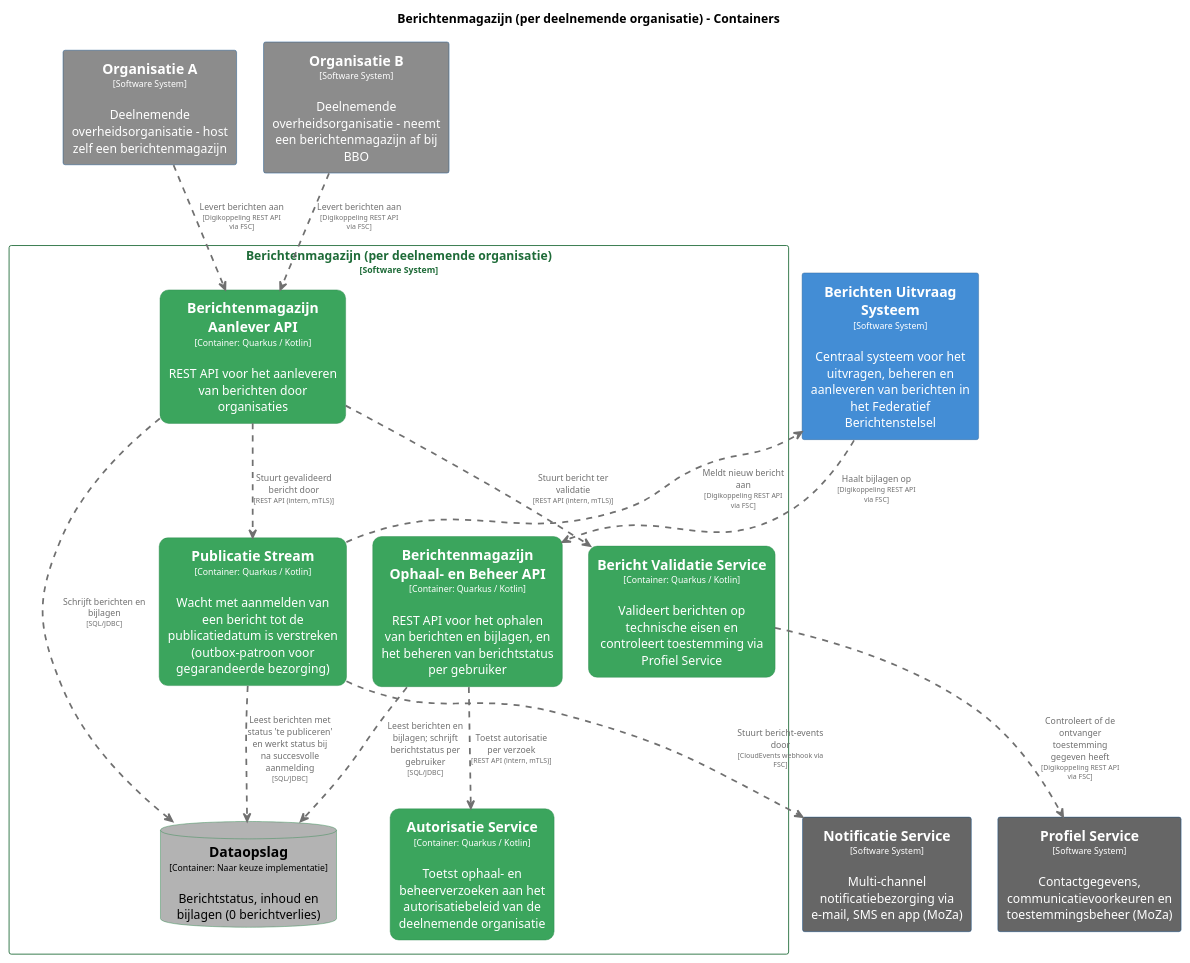
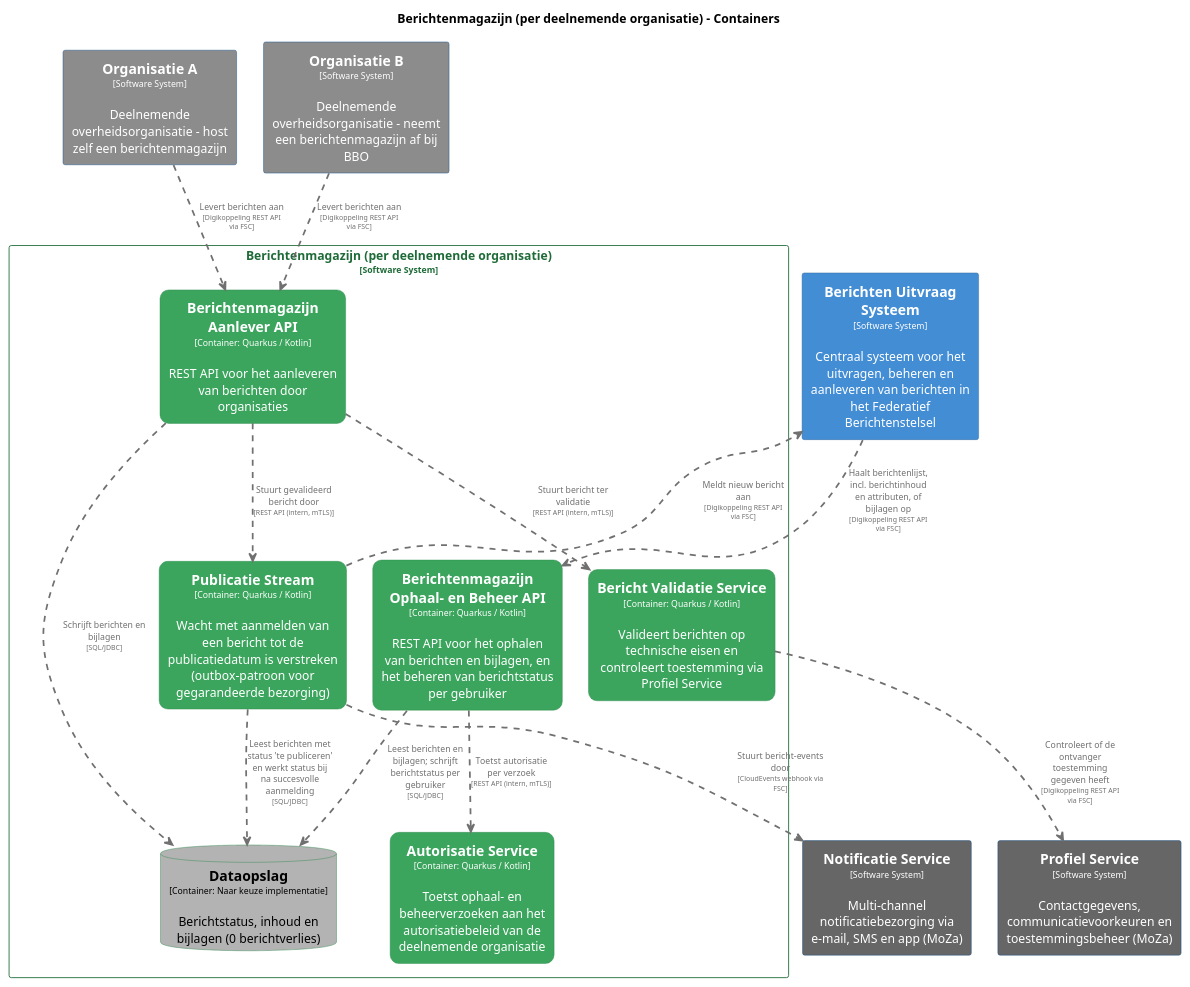
The diagram in master/puml/BerichtenmagazijnContainers.puml (MinBZK/moza-poc-fbs-berichtenbox), drawn with PlantUML before and after one commit. The commit also changed 51 other files, not shown here.

```diff
--- a/master/puml/BerichtenmagazijnContainers.puml
+++ b/master/puml/BerichtenmagazijnContainers.puml
@@ -1,122 +1,122 @@
 @startuml
 set separator none
 title Berichtenmagazijn (per deelnemende organisatie) - Containers
 
 top to bottom direction
 skinparam ranksep 60
 skinparam nodesep 30
 
 skinparam {
   arrowFontSize 10
   defaultTextAlignment center
   wrapWidth 200
   maxMessageSize 100
 }
 
 hide stereotype
 
 skinparam rectangle<<Berichtenmagazijnperdeelnemendeorganisatie.AutorisatieService>> {
   BackgroundColor #3ba55d
   FontColor #ffffff
   BorderColor #2d8a4e
   roundCorner 20
   shadowing false
 }
 skinparam rectangle<<Berichtenmagazijnperdeelnemendeorganisatie.BerichtValidatieService>> {
   BackgroundColor #3ba55d
   FontColor #ffffff
   BorderColor #2d8a4e
   roundCorner 20
   shadowing false
 }
 skinparam rectangle<<BerichtenUitvraagSysteem>> {
   BackgroundColor #438dd5
   FontColor #ffffff
   BorderColor #2e6295
   shadowing false
 }
 skinparam rectangle<<Berichtenmagazijnperdeelnemendeorganisatie.BerichtenmagazijnAanleverAPI>> {
   BackgroundColor #3ba55d
   FontColor #ffffff
   BorderColor #2d8a4e
   roundCorner 20
   shadowing false
 }
 skinparam rectangle<<Berichtenmagazijnperdeelnemendeorganisatie.BerichtenmagazijnOphaalenBeheerAPI>> {
   BackgroundColor #3ba55d
   FontColor #ffffff
   BorderColor #2d8a4e
   roundCorner 20
   shadowing false
 }
 skinparam database<<Berichtenmagazijnperdeelnemendeorganisatie.Dataopslag>> {
   BackgroundColor #b3b3b3
   FontColor #000000
   BorderColor #2d8a4e
   shadowing false
 }
 skinparam rectangle<<NotificatieService>> {
   BackgroundColor #666666
   FontColor #ffffff
   BorderColor #0b4884
   shadowing false
 }
 skinparam rectangle<<OrganisatieA>> {
   BackgroundColor #8c8c8c
   FontColor #ffffff
   BorderColor #0b4884
   shadowing false
 }
 skinparam rectangle<<OrganisatieB>> {
   BackgroundColor #8c8c8c
   FontColor #ffffff
   BorderColor #0b4884
   shadowing false
 }
 skinparam rectangle<<ProfielService>> {
   BackgroundColor #666666
   FontColor #ffffff
   BorderColor #0b4884
   shadowing false
 }
 skinparam rectangle<<Berichtenmagazijnperdeelnemendeorganisatie.PublicatieStream>> {
   BackgroundColor #3ba55d
   FontColor #ffffff
   BorderColor #2d8a4e
   roundCorner 20
   shadowing false
 }
 skinparam rectangle<<Berichtenmagazijnperdeelnemendeorganisatie>> {
   BorderColor #1e6b38
   FontColor #1e6b38
   shadowing false
 }
 
 rectangle "==Profiel Service\n<size:10>[Software System]</size>\n\nContactgegevens, communicatievoorkeuren en toestemmingsbeheer (MoZa)" <<ProfielService>> as ProfielService
 rectangle "==Notificatie Service\n<size:10>[Software System]</size>\n\nMulti-channel notificatiebezorging via e-mail, SMS en app (MoZa)" <<NotificatieService>> as NotificatieService
 rectangle "==Organisatie A\n<size:10>[Software System]</size>\n\nDeelnemende overheidsorganisatie - host zelf een berichtenmagazijn" <<OrganisatieA>> as OrganisatieA
 rectangle "==Organisatie B\n<size:10>[Software System]</size>\n\nDeelnemende overheidsorganisatie - neemt een berichtenmagazijn af bij BBO" <<OrganisatieB>> as OrganisatieB
 rectangle "==Berichten Uitvraag Systeem\n<size:10>[Software System]</size>\n\nCentraal systeem voor het uitvragen, beheren en aanleveren van berichten in het Federatief Berichtenstelsel" <<BerichtenUitvraagSysteem>> as BerichtenUitvraagSysteem
 
 rectangle "Berichtenmagazijn (per deelnemende organisatie)\n<size:10>[Software System]</size>" <<Berichtenmagazijnperdeelnemendeorganisatie>> {
   rectangle "==Berichtenmagazijn Ophaal- en Beheer API\n<size:10>[Container: Quarkus / Kotlin]</size>\n\nREST API voor het ophalen van berichten en bijlagen, en het beheren van berichtstatus per gebruiker" <<Berichtenmagazijnperdeelnemendeorganisatie.BerichtenmagazijnOphaalenBeheerAPI>> as Berichtenmagazijnperdeelnemendeorganisatie.BerichtenmagazijnOphaalenBeheerAPI
   rectangle "==Berichtenmagazijn Aanlever API\n<size:10>[Container: Quarkus / Kotlin]</size>\n\nREST API voor het aanleveren van berichten door organisaties" <<Berichtenmagazijnperdeelnemendeorganisatie.BerichtenmagazijnAanleverAPI>> as Berichtenmagazijnperdeelnemendeorganisatie.BerichtenmagazijnAanleverAPI
   database "==Dataopslag\n<size:10>[Container: Naar keuze implementatie]</size>\n\nBerichtstatus, inhoud en bijlagen (0 berichtverlies)" <<Berichtenmagazijnperdeelnemendeorganisatie.Dataopslag>> as Berichtenmagazijnperdeelnemendeorganisatie.Dataopslag
   rectangle "==Bericht Validatie Service\n<size:10>[Container: Quarkus / Kotlin]</size>\n\nValideert berichten op technische eisen en controleert toestemming via Profiel Service" <<Berichtenmagazijnperdeelnemendeorganisatie.BerichtValidatieService>> as Berichtenmagazijnperdeelnemendeorganisatie.BerichtValidatieService
   rectangle "==Publicatie Stream\n<size:10>[Container: Quarkus / Kotlin]</size>\n\nWacht met aanmelden van een bericht tot de publicatiedatum is verstreken (outbox-patroon voor gegarandeerde bezorging)" <<Berichtenmagazijnperdeelnemendeorganisatie.PublicatieStream>> as Berichtenmagazijnperdeelnemendeorganisatie.PublicatieStream
   rectangle "==Autorisatie Service\n<size:10>[Container: Quarkus / Kotlin]</size>\n\nToetst ophaal- en beheerverzoeken aan het autorisatiebeleid van de deelnemende organisatie" <<Berichtenmagazijnperdeelnemendeorganisatie.AutorisatieService>> as Berichtenmagazijnperdeelnemendeorganisatie.AutorisatieService
 }
 
 Berichtenmagazijnperdeelnemendeorganisatie.PublicatieStream .[#707070,thickness=2].> BerichtenUitvraagSysteem : "<color:#707070>Meldt nieuw bericht aan\n<color:#707070><size:8>[Digikoppeling REST API via FSC]</size>"
 Berichtenmagazijnperdeelnemendeorganisatie.PublicatieStream .[#707070,thickness=2].> NotificatieService : "<color:#707070>Stuurt bericht-events door\n<color:#707070><size:8>[CloudEvents webhook via FSC]</size>"
 OrganisatieA .[#707070,thickness=2].> Berichtenmagazijnperdeelnemendeorganisatie.BerichtenmagazijnAanleverAPI : "<color:#707070>Levert berichten aan\n<color:#707070><size:8>[Digikoppeling REST API via FSC]</size>"
 OrganisatieB .[#707070,thickness=2].> Berichtenmagazijnperdeelnemendeorganisatie.BerichtenmagazijnAanleverAPI : "<color:#707070>Levert berichten aan\n<color:#707070><size:8>[Digikoppeling REST API via FSC]</size>"
 Berichtenmagazijnperdeelnemendeorganisatie.BerichtValidatieService .[#707070,thickness=2].> ProfielService : "<color:#707070>Controleert of de ontvanger toestemming gegeven heeft\n<color:#707070><size:8>[Digikoppeling REST API via FSC]</size>"
 Berichtenmagazijnperdeelnemendeorganisatie.BerichtenmagazijnOphaalenBeheerAPI .[#707070,thickness=2].> Berichtenmagazijnperdeelnemendeorganisatie.Dataopslag : "<color:#707070>Leest berichten en bijlagen; schrijft berichtstatus per gebruiker\n<color:#707070><size:8>[SQL/JDBC]</size>"
 Berichtenmagazijnperdeelnemendeorganisatie.BerichtenmagazijnAanleverAPI .[#707070,thickness=2].> Berichtenmagazijnperdeelnemendeorganisatie.Dataopslag : "<color:#707070>Schrijft berichten en bijlagen\n<color:#707070><size:8>[SQL/JDBC]</size>"
 Berichtenmagazijnperdeelnemendeorganisatie.BerichtenmagazijnAanleverAPI .[#707070,thickness=2].> Berichtenmagazijnperdeelnemendeorganisatie.BerichtValidatieService : "<color:#707070>Stuurt bericht ter validatie\n<color:#707070><size:8>[REST API (intern, mTLS)]</size>"
 Berichtenmagazijnperdeelnemendeorganisatie.BerichtenmagazijnAanleverAPI .[#707070,thickness=2].> Berichtenmagazijnperdeelnemendeorganisatie.PublicatieStream : "<color:#707070>Stuurt gevalideerd bericht door\n<color:#707070><size:8>[REST API (intern, mTLS)]</size>"
 Berichtenmagazijnperdeelnemendeorganisatie.PublicatieStream .[#707070,thickness=2].> Berichtenmagazijnperdeelnemendeorganisatie.Dataopslag : "<color:#707070>Leest berichten met status 'te publiceren' en werkt status bij na succesvolle aanmelding\n<color:#707070><size:8>[SQL/JDBC]</size>"
 Berichtenmagazijnperdeelnemendeorganisatie.BerichtenmagazijnOphaalenBeheerAPI .[#707070,thickness=2].> Berichtenmagazijnperdeelnemendeorganisatie.AutorisatieService : "<color:#707070>Toetst autorisatie per verzoek\n<color:#707070><size:8>[REST API (intern, mTLS)]</size>"
-BerichtenUitvraagSysteem .[#707070,thickness=2].> Berichtenmagazijnperdeelnemendeorganisatie.BerichtenmagazijnOphaalenBeheerAPI : "<color:#707070>Haalt bijlagen op\n<color:#707070><size:8>[Digikoppeling REST API via FSC]</size>"
+BerichtenUitvraagSysteem .[#707070,thickness=2].> Berichtenmagazijnperdeelnemendeorganisatie.BerichtenmagazijnOphaalenBeheerAPI : "<color:#707070>Haalt berichtenlijst, incl. berichtinhoud en attributen, of bijlagen op\n<color:#707070><size:8>[Digikoppeling REST API via FSC]</size>"
 @enduml
```
